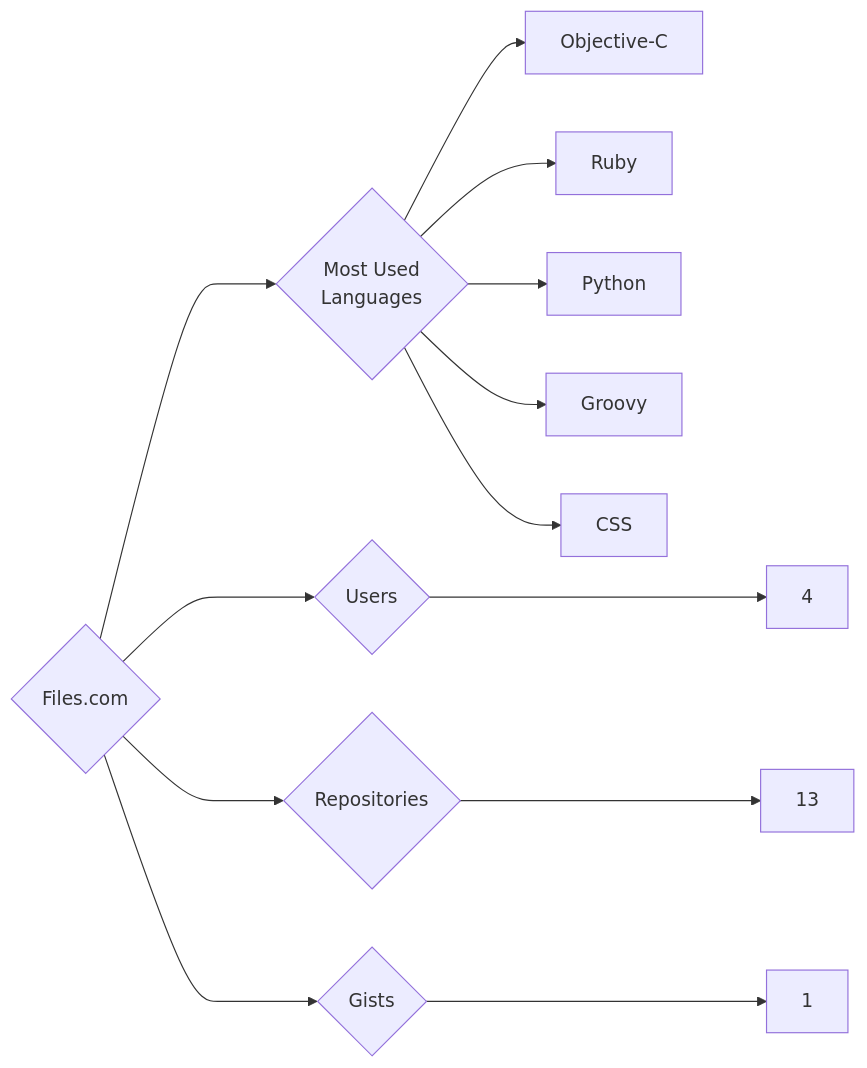
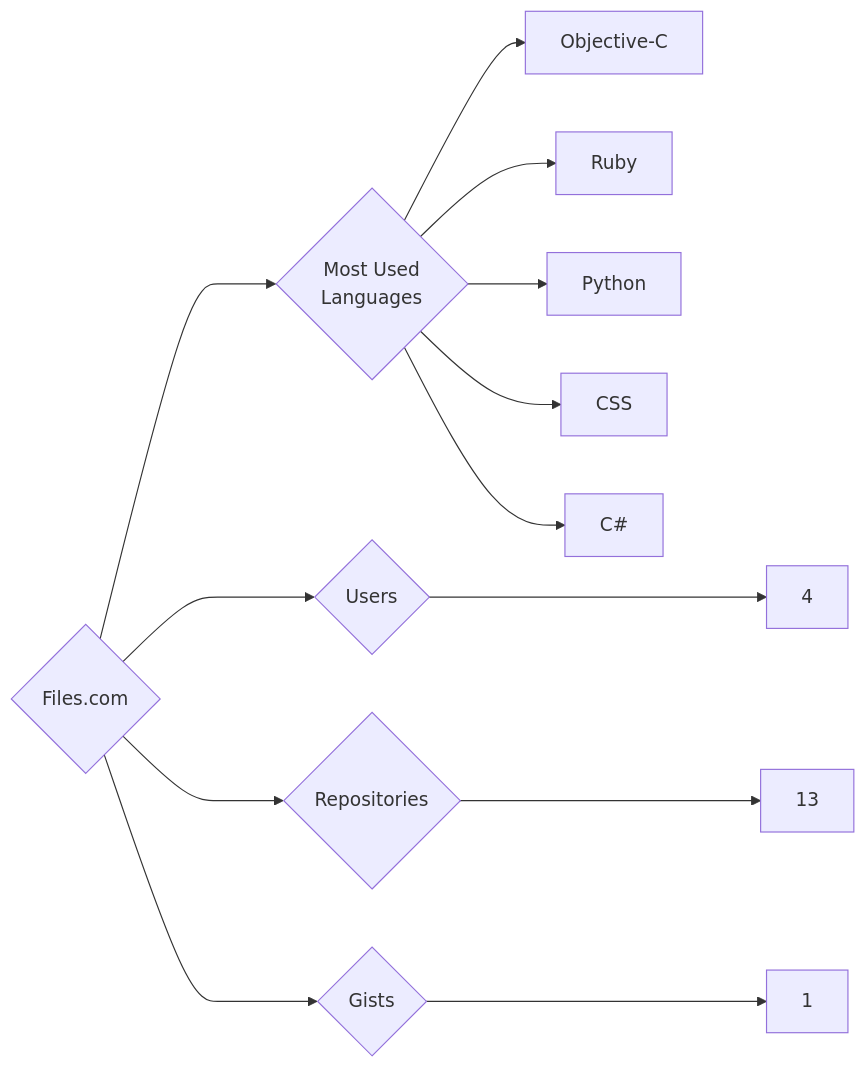
The diagram in targets/Files.com/README.md (trickest/insiders), drawn with Mermaid before and after one commit. The commit also changed 1084 other files, not shown here.

````diff
--- a/targets/Files.com/README.md
+++ b/targets/Files.com/README.md
@@ -3,13 +3,13 @@
 ```mermaid
 graph LR
 COMPANY_NAME{Files.com}
 COMPANY_NAME ---> U{Users} ---> UN[4]
 COMPANY_NAME ---> R{Repositories} ---> RN[13]
 COMPANY_NAME ---> G{Gists} ---> GN[1]
 COMPANY_NAME ---> ML{Most Used<br>Languages}
 ML --> Objective-C[Objective-C]
 ML --> Ruby[Ruby]
 ML --> Python[Python]
-ML --> Groovy[Groovy]
 ML --> CSS[CSS]
+ML --> C#[C#]
 ```
````
